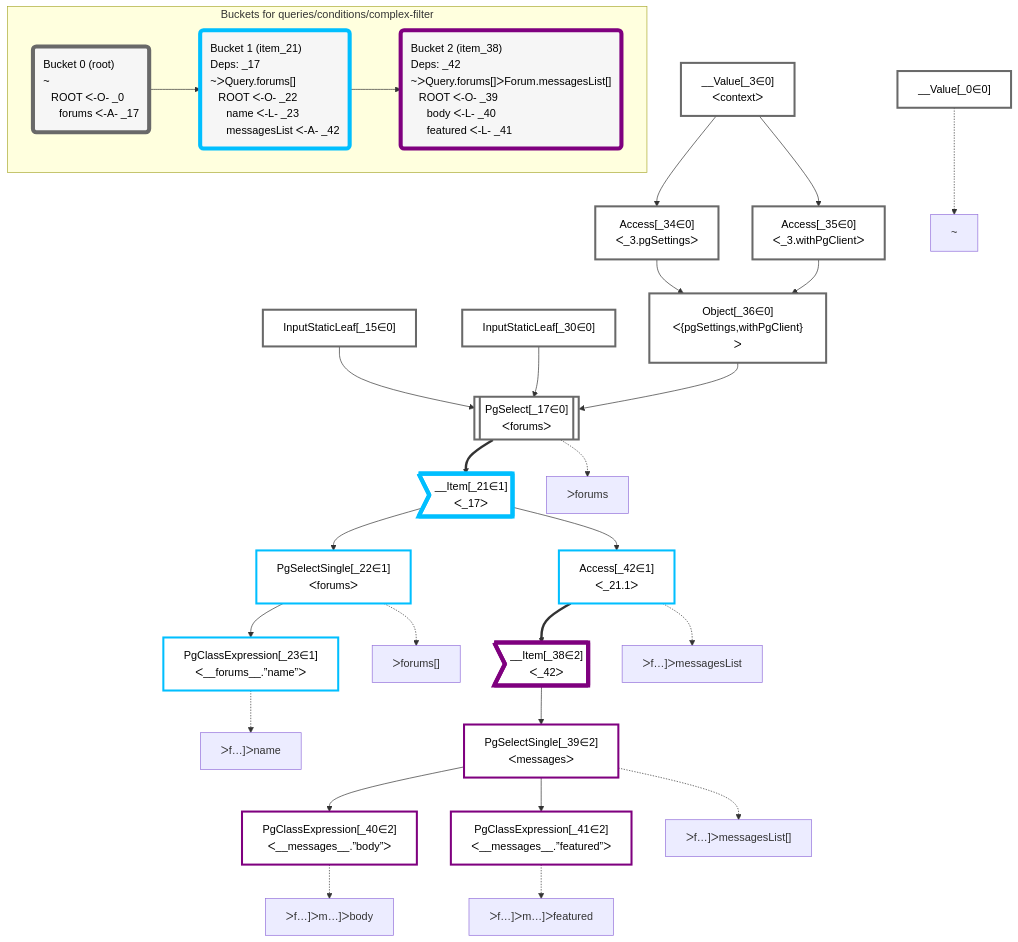
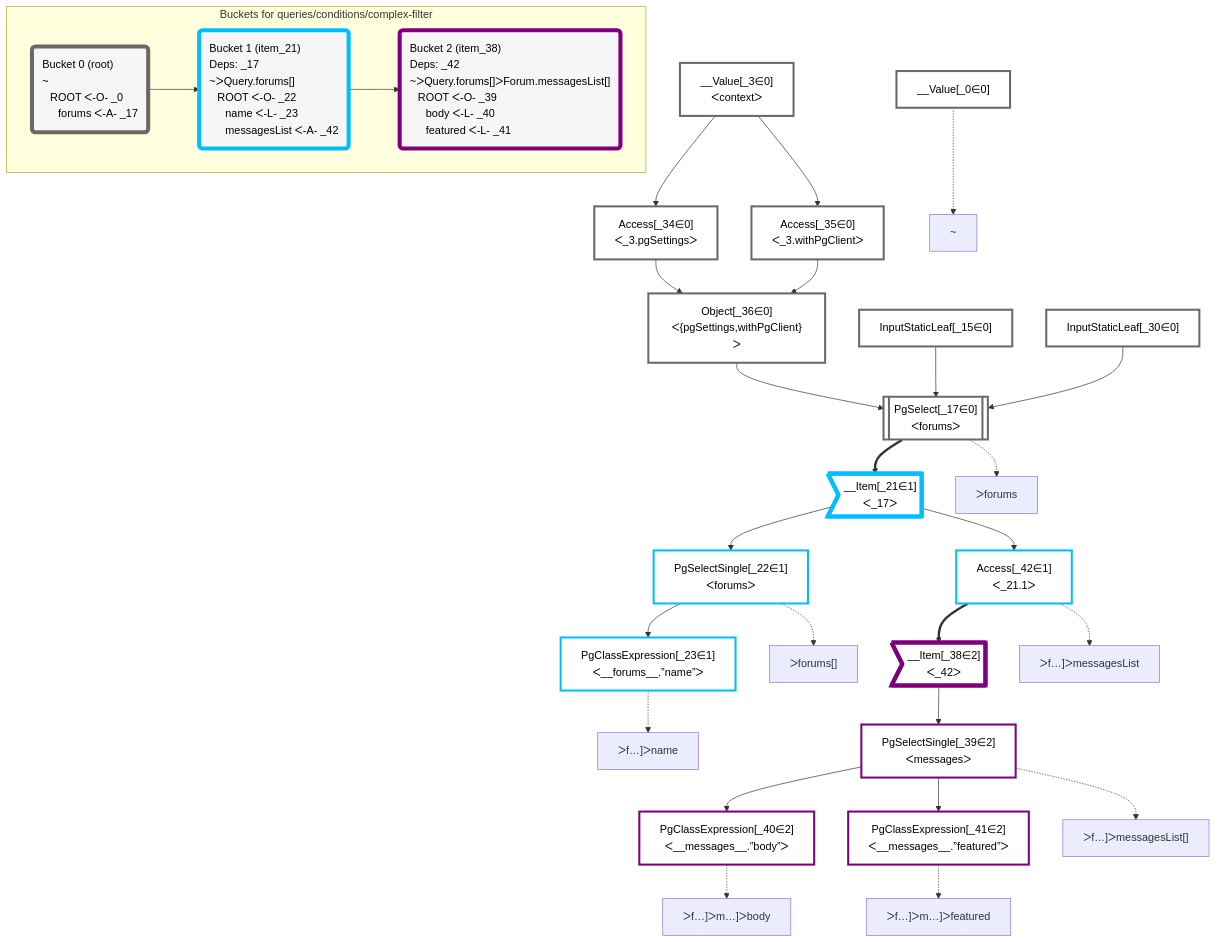
One commit to graphile/crystal changed the diagram in packages/dataplan-pg/__tests__/queries/conditions/complex-filter.mermaid.md. Above: the diagram before and after it, drawn with Mermaid. The commit also changed other lines of this file and 195 other files, not shown here.

````diff
--- a/packages/dataplan-pg/__tests__/queries/conditions/complex-filter.mermaid.md
+++ b/packages/dataplan-pg/__tests__/queries/conditions/complex-filter.mermaid.md
@@ -1,73 +1,73 @@
 ```mermaid
 graph TD
     classDef path fill:#eee,stroke:#000,color:#000
     classDef plan fill:#fff,stroke-width:3px,color:#000
     classDef itemplan fill:#fff,stroke-width:6px,color:#000
     classDef sideeffectplan fill:#f00,stroke-width:6px,color:#000
     classDef bucket fill:#f6f6f6,color:#000,stroke-width:6px,text-align:left
 
 
     %% define plans
     __Value_0["__Value[_0∈0]"]:::plan
+    PgClassExpression_23["PgClassExpression[_23∈1]<br />ᐸ__forums__.”name”ᐳ"]:::plan
+    PgSelectSingle_22["PgSelectSingle[_22∈1]<br />ᐸforumsᐳ"]:::plan
+    PgClassExpression_40["PgClassExpression[_40∈2]<br />ᐸ__messages__.”body”ᐳ"]:::plan
+    PgClassExpression_41["PgClassExpression[_41∈2]<br />ᐸ__messages__.”featured”ᐳ"]:::plan
+    PgSelectSingle_39["PgSelectSingle[_39∈2]<br />ᐸmessagesᐳ"]:::plan
+    __Item_38>"__Item[_38∈2]<br />ᐸ_42ᐳ"]:::itemplan
+    Access_42["Access[_42∈1]<br />ᐸ_21.1ᐳ"]:::plan
+    __Item_21>"__Item[_21∈1]<br />ᐸ_17ᐳ"]:::itemplan
+    PgSelect_17[["PgSelect[_17∈0]<br />ᐸforumsᐳ"]]:::plan
+    Object_36["Object[_36∈0]<br />ᐸ{pgSettings,withPgClient}ᐳ"]:::plan
+    Access_34["Access[_34∈0]<br />ᐸ_3.pgSettingsᐳ"]:::plan
+    Access_35["Access[_35∈0]<br />ᐸ_3.withPgClientᐳ"]:::plan
     __Value_3["__Value[_3∈0]<br />ᐸcontextᐳ"]:::plan
     InputStaticLeaf_15["InputStaticLeaf[_15∈0]"]:::plan
-    PgSelect_17[["PgSelect[_17∈0]<br />ᐸforumsᐳ"]]:::plan
-    __Item_21>"__Item[_21∈1]<br />ᐸ_17ᐳ"]:::itemplan
-    PgSelectSingle_22["PgSelectSingle[_22∈1]<br />ᐸforumsᐳ"]:::plan
-    PgClassExpression_23["PgClassExpression[_23∈1]<br />ᐸ__forums__.”name”ᐳ"]:::plan
     InputStaticLeaf_30["InputStaticLeaf[_30∈0]"]:::plan
-    Access_34["Access[_34∈0]<br />ᐸ_3.pgSettingsᐳ"]:::plan
-    Access_35["Access[_35∈0]<br />ᐸ_3.withPgClientᐳ"]:::plan
-    Object_36["Object[_36∈0]<br />ᐸ{pgSettings,withPgClient}ᐳ"]:::plan
-    __Item_38>"__Item[_38∈2]<br />ᐸ_42ᐳ"]:::itemplan
-    PgSelectSingle_39["PgSelectSingle[_39∈2]<br />ᐸmessagesᐳ"]:::plan
-    PgClassExpression_40["PgClassExpression[_40∈2]<br />ᐸ__messages__.”body”ᐳ"]:::plan
-    PgClassExpression_41["PgClassExpression[_41∈2]<br />ᐸ__messages__.”featured”ᐳ"]:::plan
-    Access_42["Access[_42∈1]<br />ᐸ_21.1ᐳ"]:::plan
 
     %% plan dependencies
+    PgSelectSingle_22 --> PgClassExpression_23
+    __Item_21 --> PgSelectSingle_22
+    PgSelectSingle_39 --> PgClassExpression_40
+    PgSelectSingle_39 --> PgClassExpression_41
+    __Item_38 --> PgSelectSingle_39
+    Access_42 ==> __Item_38
+    __Item_21 --> Access_42
+    PgSelect_17 ==> __Item_21
     Object_36 & InputStaticLeaf_15 & InputStaticLeaf_30 --> PgSelect_17
-    PgSelect_17 ==> __Item_21
-    __Item_21 --> PgSelectSingle_22
-    PgSelectSingle_22 --> PgClassExpression_23
+    Access_34 & Access_35 --> Object_36
     __Value_3 --> Access_34
     __Value_3 --> Access_35
-    Access_34 & Access_35 --> Object_36
-    Access_42 ==> __Item_38
-    __Item_38 --> PgSelectSingle_39
-    PgSelectSingle_39 --> PgClassExpression_40
-    PgSelectSingle_39 --> PgClassExpression_41
-    __Item_21 --> Access_42
 
     %% plan-to-path relationships
     P_0["~"]
     __Value_0 -.-> P_0
     P_17["ᐳforums"]
     PgSelect_17 -.-> P_17
     P_22["ᐳforums[]"]
     PgSelectSingle_22 -.-> P_22
     P_23["ᐳf…]ᐳname"]
     PgClassExpression_23 -.-> P_23
     P_39["ᐳf…]ᐳmessagesList[]"]
     PgSelectSingle_39 -.-> P_39
     P_40["ᐳf…]ᐳm…]ᐳbody"]
     PgClassExpression_40 -.-> P_40
     P_41["ᐳf…]ᐳm…]ᐳfeatured"]
     PgClassExpression_41 -.-> P_41
     P_42["ᐳf…]ᐳmessagesList"]
     Access_42 -.-> P_42
 
     subgraph "Buckets for queries/conditions/complex-filter"
     Bucket0("Bucket 0 (root)<br />~<br />⠀ROOT ᐸ-O- _0<br />⠀⠀forums ᐸ-A- _17"):::bucket
     classDef bucket0 stroke:#696969
     class Bucket0,__Value_0,__Value_3,InputStaticLeaf_15,PgSelect_17,InputStaticLeaf_30,Access_34,Access_35,Object_36 bucket0
     Bucket1("Bucket 1 (item_21)<br />Deps: _17<br />~ᐳQuery.forums[]<br />⠀ROOT ᐸ-O- _22<br />⠀⠀name ᐸ-L- _23<br />⠀⠀messagesList ᐸ-A- _42"):::bucket
     classDef bucket1 stroke:#00bfff
     class Bucket1,__Item_21,PgSelectSingle_22,PgClassExpression_23,Access_42 bucket1
     Bucket2("Bucket 2 (item_38)<br />Deps: _42<br />~ᐳQuery.forums[]ᐳForum.messagesList[]<br />⠀ROOT ᐸ-O- _39<br />⠀⠀body ᐸ-L- _40<br />⠀⠀featured ᐸ-L- _41"):::bucket
     classDef bucket2 stroke:#7f007f
     class Bucket2,__Item_38,PgSelectSingle_39,PgClassExpression_40,PgClassExpression_41 bucket2
     Bucket0 --> Bucket1
     Bucket1 --> Bucket2
     end
 ```
````
